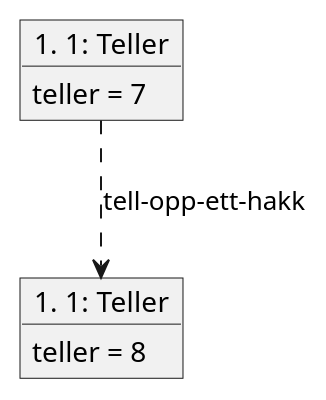
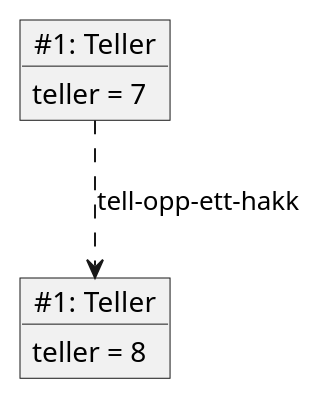
One commit to hallvard/java-eksempler changed the second of 3 diagrams in src/main/asciidoc/README.adoc. Above: the diagram before and after it, drawn with PlantUML. The commit also changed other lines of this file, not shown here.

```diff
--- a/src/main/asciidoc/README.adoc
+++ b/src/main/asciidoc/README.adoc
@@ -51,10 +51,10 @@
 [plantuml]
 ----
-object "#1: Teller" as counter1 {
+object "~#1: Teller" as counter1 {
     teller = 7
 }
-object "#1: Teller" as counter2 {
+object "~#1: Teller" as counter2 {
     teller = 8
 }
 counter1 ..> counter2: tell-opp-ett-hakk
 ----
```
